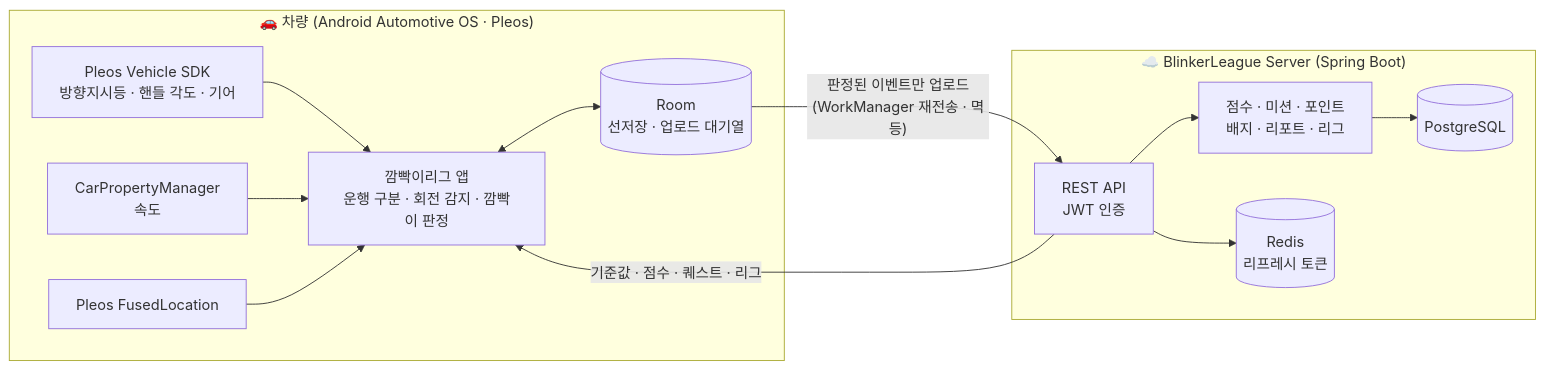
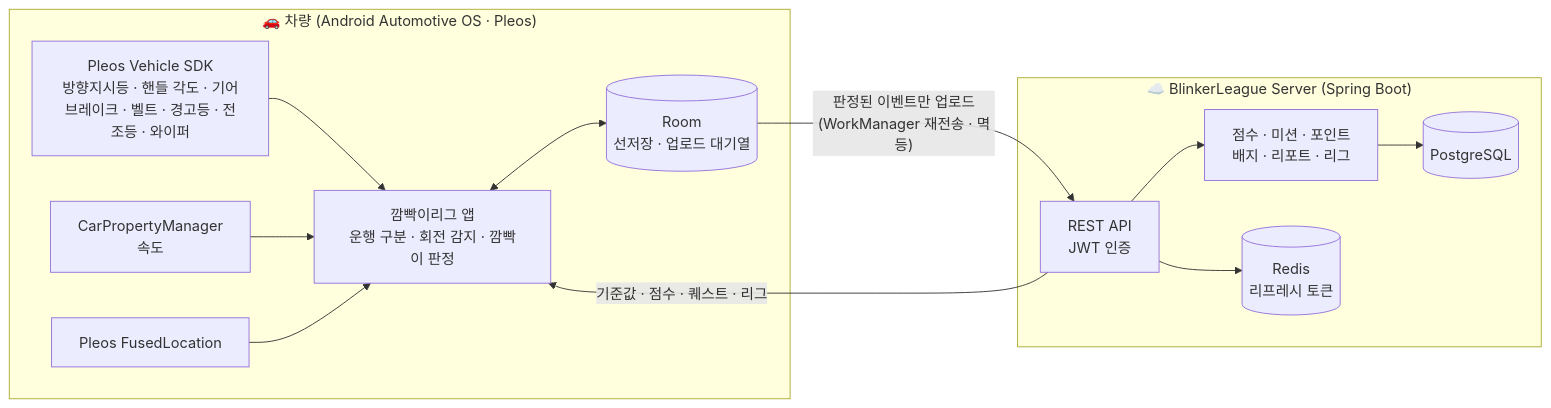
The first of 3 diagrams in profile/README.md (BlinkerLeague/.github), drawn with Mermaid before and after one commit. The commit also changed other lines of this file, not shown here.

````diff
--- a/profile/README.md
+++ b/profile/README.md
@@ -54,26 +81,26 @@
 ```mermaid
 flowchart LR
     subgraph Car["🚗 차량 (Android Automotive OS · Pleos)"]
-        SDK["Pleos Vehicle SDK<br/>방향지시등 · 핸들 각도 · 기어"]
+        SDK["Pleos Vehicle SDK<br/>방향지시등 · 핸들 각도 · 기어<br/>브레이크 · 벨트 · 경고등 · 전조등 · 와이퍼"]
         CP["CarPropertyManager<br/>속도"]
         LOC["Pleos FusedLocation"]
         APP["깜빡이리그 앱<br/>운행 구분 · 회전 감지 · 깜빡이 판정"]
         DB[("Room<br/>선저장 · 업로드 대기열")]
         SDK --> APP
         CP --> APP
         LOC --> APP
         APP <--> DB
     end
 
     subgraph Server["☁️ BlinkerLeague Server (Spring Boot)"]
         API["REST API<br/>JWT 인증"]
         SCORE["점수 · 미션 · 포인트<br/>배지 · 리포트 · 리그"]
         PG[("PostgreSQL")]
         RD[("Redis<br/>리프레시 토큰")]
         API --> SCORE --> PG
         API --> RD
     end
 
     DB -- "판정된 이벤트만 업로드<br/>(WorkManager 재전송 · 멱등)" --> API
     API -- "기준값 · 점수 · 퀘스트 · 리그" --> APP
 ```
````
